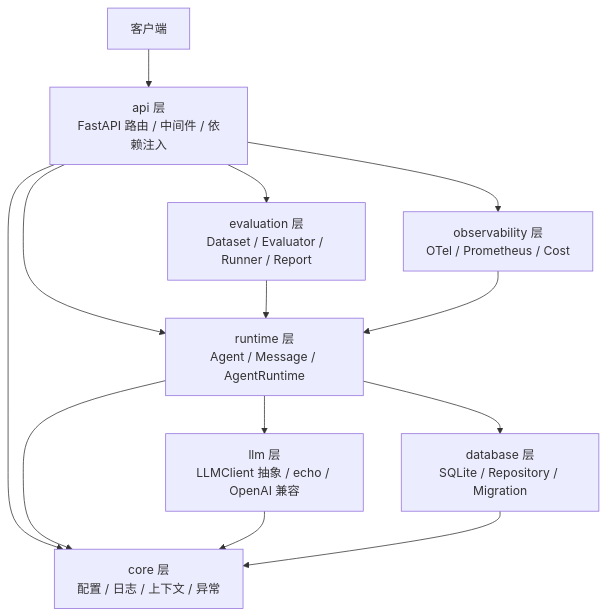
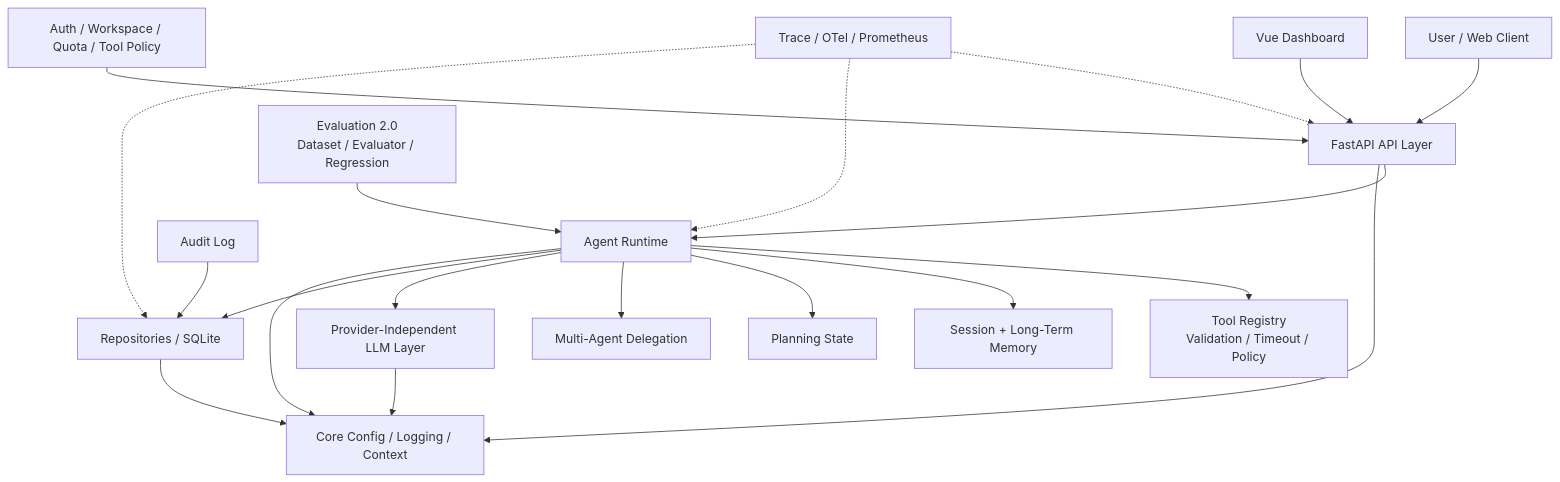
Before and after one commit to Tanglies/AgentOS: the diagram in README.md, drawn with Mermaid. The commit also changed other lines of this file and 1 other file, not shown here.

````diff
--- a/README.md
+++ b/README.md
@@ -36,15 +59,25 @@
 ```mermaid
-graph TD
-    Client[客户端] --> API[api 层<br/>FastAPI 路由 / 中间件 / 依赖注入]
-    API --> Runtime[runtime 层<br/>Agent / Message / AgentRuntime]
-    Runtime --> LLM[llm 层<br/>LLMClient 抽象 / echo / OpenAI 兼容]
-    Runtime --> Database[database 层<br/>SQLite / Repository / Migration]
-    Evaluation[evaluation 层<br/>Dataset / Evaluator / Runner / Report] --> Runtime
-    Observability[observability 层<br/>OTel / Prometheus / Cost] --> Runtime
-    API --> Evaluation
-    API --> Observability
-    API --> Core[core 层<br/>配置 / 日志 / 上下文 / 异常]
+flowchart TB
+    Client[User / Web Client] --> API[FastAPI API Layer]
+    API --> Runtime[Agent Runtime]
+
+    Runtime --> Tools[Tool Registry<br/>Validation / Timeout / Policy]
+    Runtime --> Memory[Session + Long-Term Memory]
+    Runtime --> Planning[Planning State]
+    Runtime --> Delegation[Multi-Agent Delegation]
+    Runtime --> LLM[Provider-Independent LLM Layer]
+    Runtime --> Repo[Repositories / SQLite]
+
+    Evaluation[Evaluation 2.0<br/>Dataset / Evaluator / Regression] --> Runtime
+    Frontend[Vue Dashboard] --> API
+    Observability[Trace / OTel / Prometheus] -.-> API
+    Observability -.-> Runtime
+    Observability -.-> Repo
+    Audit[Audit Log] --> Repo
+    Platform[Auth / Workspace / Quota / Tool Policy] --> API
+
+    LLM --> Core[Core Config / Logging / Context]
+    Repo --> Core
     Runtime --> Core
-    LLM --> Core
-    Database --> Core
+    API --> Core
 ```
````
